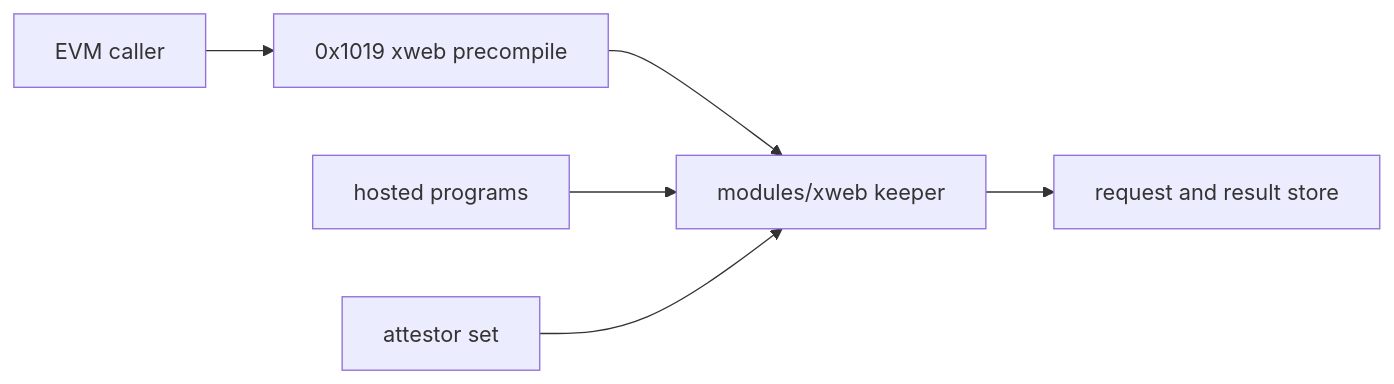
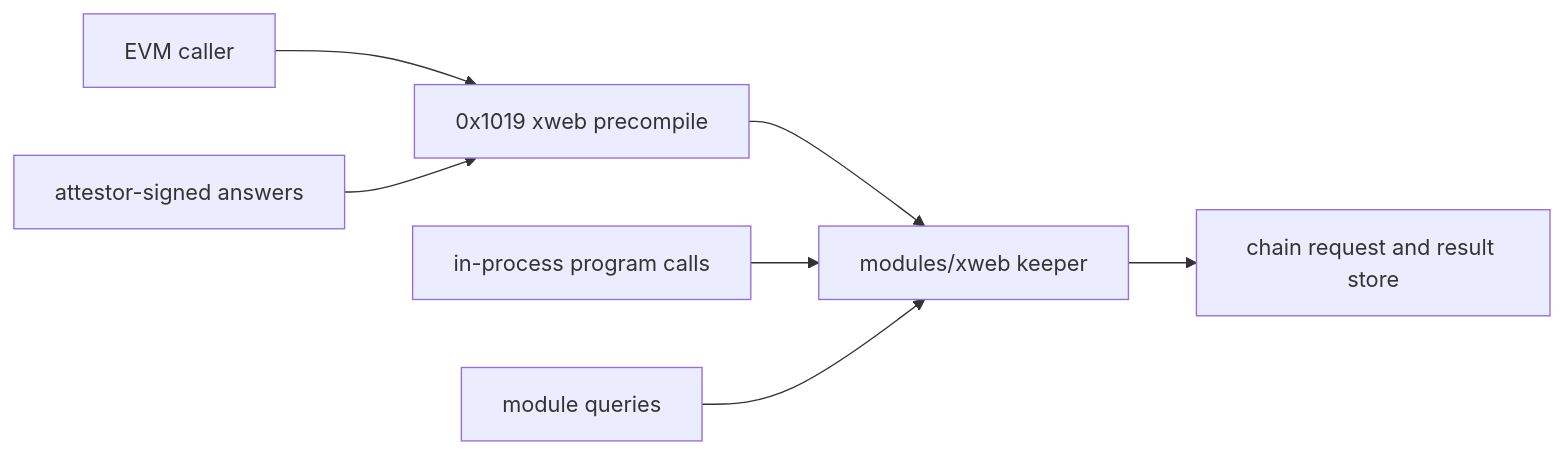
One commit to Sidiora-Labs/paxeer-monorepo changed the diagram in spec/layerx-merge/contracts/web.md. Above: the diagram before and after it, drawn with Mermaid. The commit also changed other lines of this file, not shown here.

````diff
--- a/spec/layerx-merge/contracts/web.md
+++ b/spec/layerx-merge/contracts/web.md
@@ -30,8 +30,9 @@
 ```mermaid
 flowchart LR
   EVM["EVM caller"] --> XW["0x1019 xweb precompile"]
   XW --> XK["modules/xweb keeper"]
-  PROG["hosted programs"] --> XK
-  ATT["attestor set"] --> XK
-  XK --> RES["request and result store"]
+  PROG["in-process program calls"] --> XK
+  ATT["attestor-signed answers"] --> XW
+  XK --> RES["chain request and result store"]
+  QUERY["module queries"] --> XK
 ```
````
